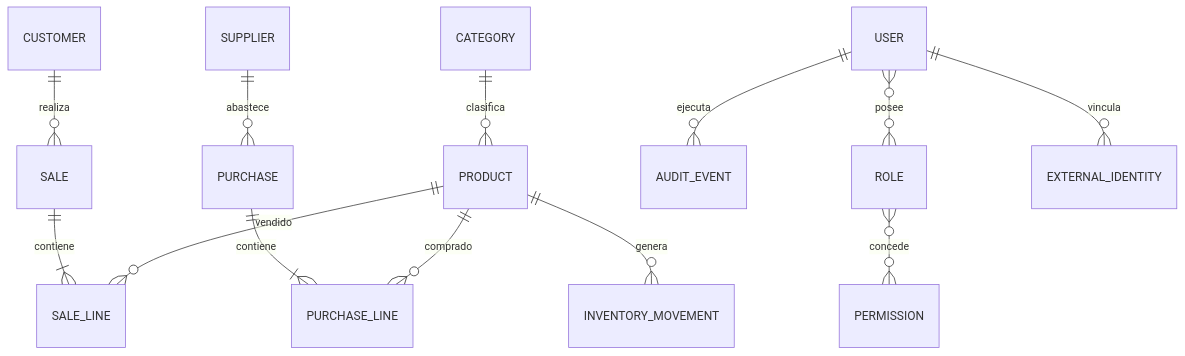
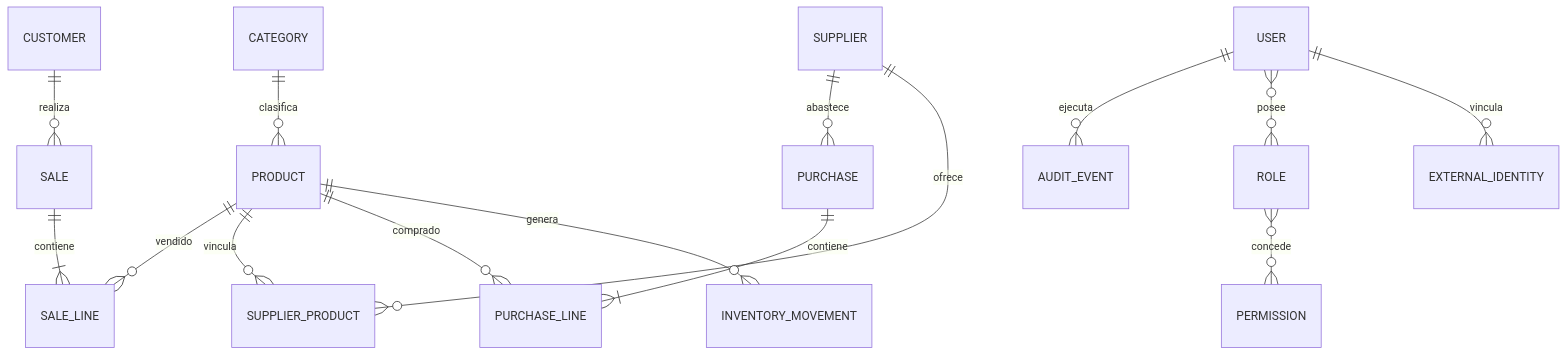
One commit to JoseJeanPaulGM/Dashboard-de-Gestion-comercial changed the diagram in docs/database/conceptual-model.md. Above: the diagram before and after it, drawn with Mermaid. The commit also changed other lines of this file and 46 other files, not shown here.

````diff
--- a/docs/database/conceptual-model.md
+++ b/docs/database/conceptual-model.md
@@ -5,15 +5,17 @@
 ```mermaid
 erDiagram
     CUSTOMER ||--o{ SALE : realiza
     SALE ||--|{ SALE_LINE : contiene
     PRODUCT ||--o{ SALE_LINE : vendido
     SUPPLIER ||--o{ PURCHASE : abastece
+    SUPPLIER ||--o{ SUPPLIER_PRODUCT : ofrece
+    PRODUCT ||--o{ SUPPLIER_PRODUCT : vincula
     PURCHASE ||--|{ PURCHASE_LINE : contiene
     PRODUCT ||--o{ PURCHASE_LINE : comprado
     CATEGORY ||--o{ PRODUCT : clasifica
     PRODUCT ||--o{ INVENTORY_MOVEMENT : genera
     USER ||--o{ AUDIT_EVENT : ejecuta
     USER }o--o{ ROLE : posee
     ROLE }o--o{ PERMISSION : concede
     USER ||--o{ EXTERNAL_IDENTITY : vincula
 ```
````
